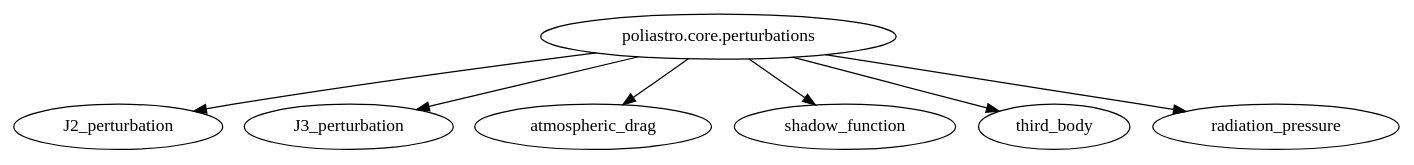
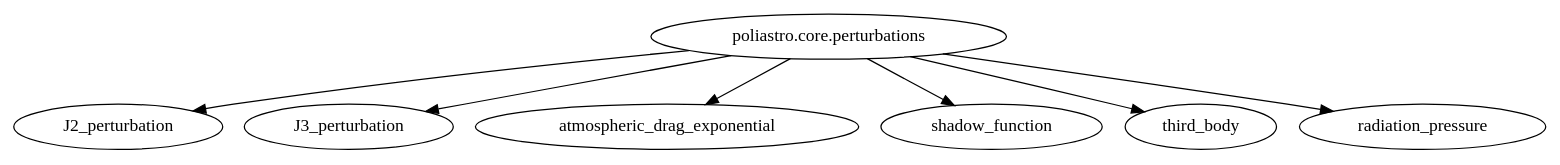
One commit to poliastro/poliastro changed the diagram in docs/source/api/core/perturbations.rst. Above: the diagram before and after it, drawn with Graphviz. The commit also changed 3 other files, not shown here.

```diff
--- a/docs/source/api/core/perturbations.rst
+++ b/docs/source/api/core/perturbations.rst
@@ -4,5 +4,5 @@
 .. graphviz::
 
    digraph {
-      "poliastro.core.perturbations" -> "J2_perturbation", "J3_perturbation", "atmospheric_drag", "shadow_function", "third_body", "radiation_pressure";
+      "poliastro.core.perturbations" -> "J2_perturbation", "J3_perturbation", "atmospheric_drag_exponential", "shadow_function", "third_body", "radiation_pressure";
    }
```
